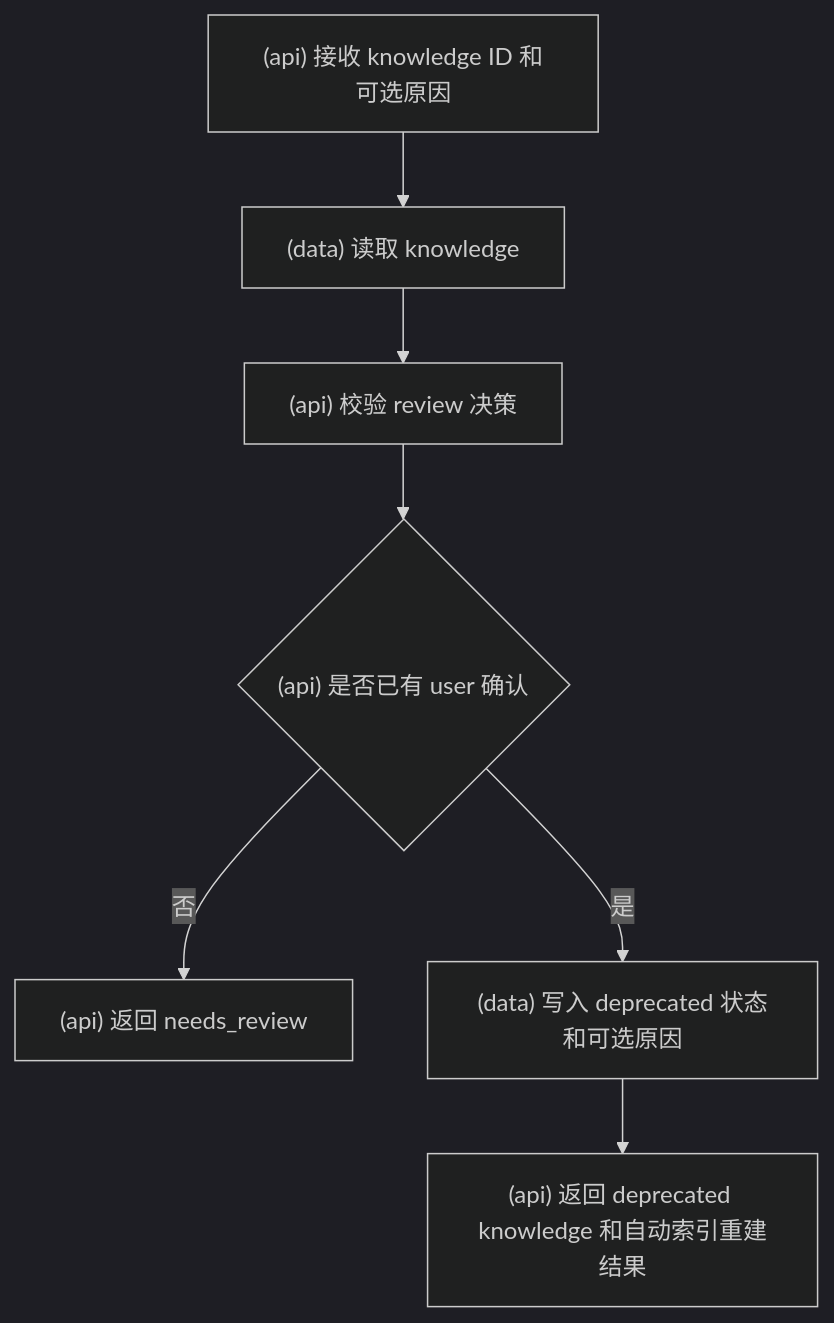
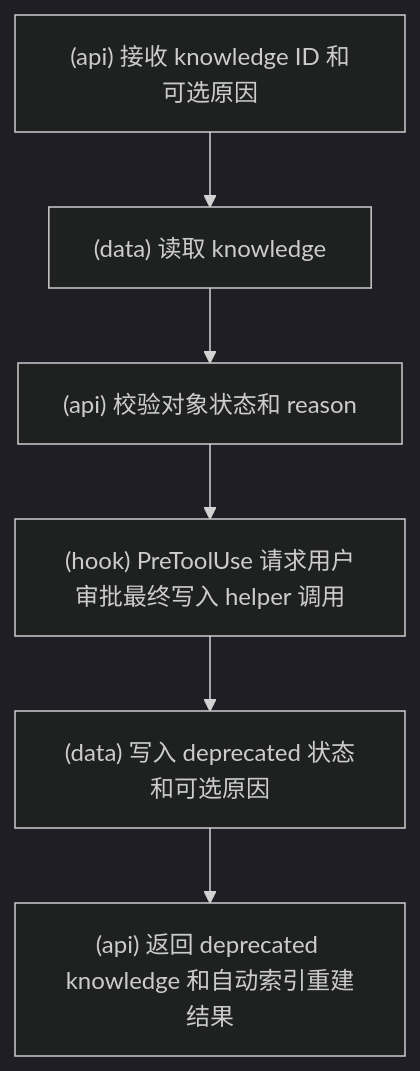
Diagram 11 of 21 in docs/流程图.md (srangerme/KBManager), drawn with Mermaid (dark theme) before and after one commit. The commit also changed other lines of this file and 48 other files, not shown here.

````diff
--- a/docs/流程图.md
+++ b/docs/流程图.md
@@ -161,9 +164,8 @@
 ```mermaid
 flowchart TD
   A["(api) 接收 knowledge ID 和可选原因"] --> B["(data) 读取 knowledge"]
-  B --> C["(api) 校验 review 决策"]
-  C --> D{"(api) 是否已有 user 确认"}
-  D -- 否 --> E["(api) 返回 needs_review"]
-  D -- 是 --> F["(data) 写入 deprecated 状态和可选原因"]
+  B --> C["(api) 校验对象状态和 reason"]
+  C --> D["(hook) PreToolUse 请求用户审批最终写入 helper 调用"]
+  D --> F["(data) 写入 deprecated 状态和可选原因"]
   F --> G["(api) 返回 deprecated knowledge 和自动索引重建结果"]
 ```
````
